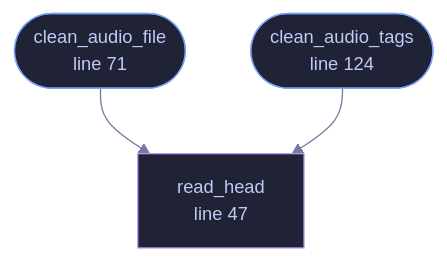
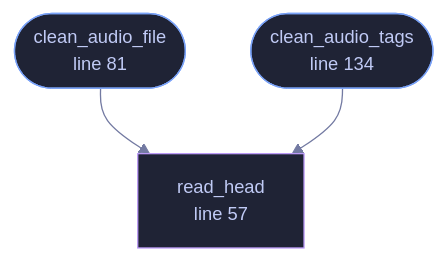
One commit to tilas01/veilvoice changed the diagram in docs/files/veilvoice-meta/audio.md. Above: the diagram before and after it, drawn with Mermaid. The commit also changed other lines of this file and 487 other files, not shown here.

````diff
--- a/docs/files/veilvoice-meta/audio.md
+++ b/docs/files/veilvoice-meta/audio.md
@@ -88,16 +99,16 @@
 ```mermaid
 %%{init: {"theme":"base","themeVariables":{"background":"#1a1b26","primaryColor":"#1f2335","primaryTextColor":"#c0caf5","primaryBorderColor":"#7aa2f7","secondaryColor":"#16161e","tertiaryColor":"#16161e","lineColor":"#737aa2","textColor":"#c0caf5","mainBkg":"#1f2335","nodeBorder":"#7aa2f7","clusterBkg":"#16161e","clusterBorder":"#2f3549","fontFamily":"ui-monospace, SFMono-Regular, Consolas, monospace","fontSize":"14px"}}}%%
 flowchart TD
-    n_read_head["read_head<br/>line 47"]
-    n_clean_audio_file(["clean_audio_file<br/>line 71"])
-    n_clean_audio_tags(["clean_audio_tags<br/>line 124"])
+    n_read_head["read_head<br/>line 57"]
+    n_clean_audio_file(["clean_audio_file<br/>line 81"])
+    n_clean_audio_tags(["clean_audio_tags<br/>line 134"])
     n_clean_audio_file --> n_read_head
     n_clean_audio_tags --> n_read_head
-    click n_read_head href "https://github.com/tilas01/veilvoice/blob/main/crates/veilvoice-meta/src/audio.rs#L47" "open the source"
-    click n_clean_audio_file href "https://github.com/tilas01/veilvoice/blob/main/crates/veilvoice-meta/src/audio.rs#L71" "open the source"
-    click n_clean_audio_tags href "https://github.com/tilas01/veilvoice/blob/main/crates/veilvoice-meta/src/audio.rs#L124" "open the source"
+    click n_read_head href "https://github.com/tilas01/veilvoice/blob/main/crates/veilvoice-meta/src/audio.rs#L57" "open the source"
+    click n_clean_audio_file href "https://github.com/tilas01/veilvoice/blob/main/crates/veilvoice-meta/src/audio.rs#L81" "open the source"
+    click n_clean_audio_tags href "https://github.com/tilas01/veilvoice/blob/main/crates/veilvoice-meta/src/audio.rs#L134" "open the source"
     classDef entry fill:#1f2335,stroke:#7aa2f7,color:#c0caf5
     class n_clean_audio_file,n_clean_audio_tags entry
     classDef helper fill:#1f2335,stroke:#bb9af7,color:#c0caf5
     class n_read_head helper
 ```
````
